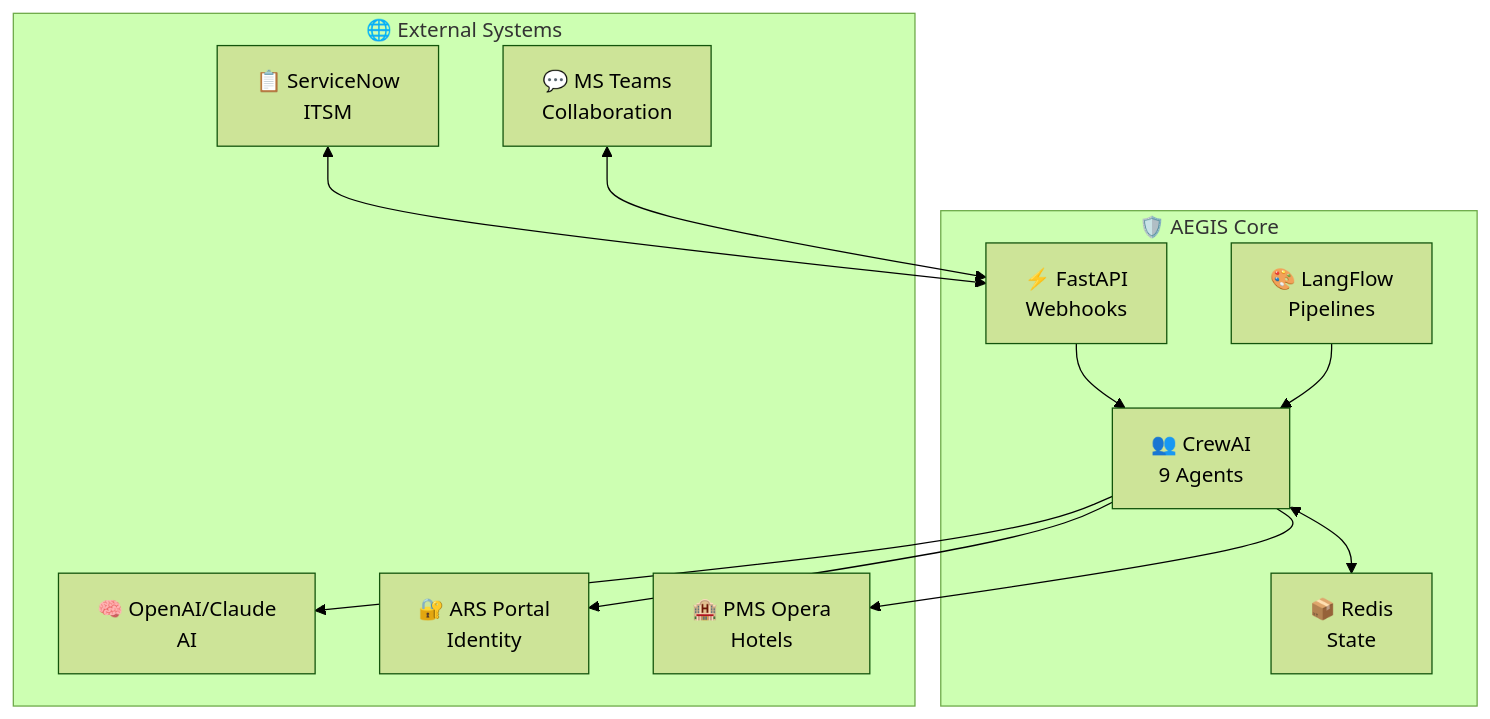
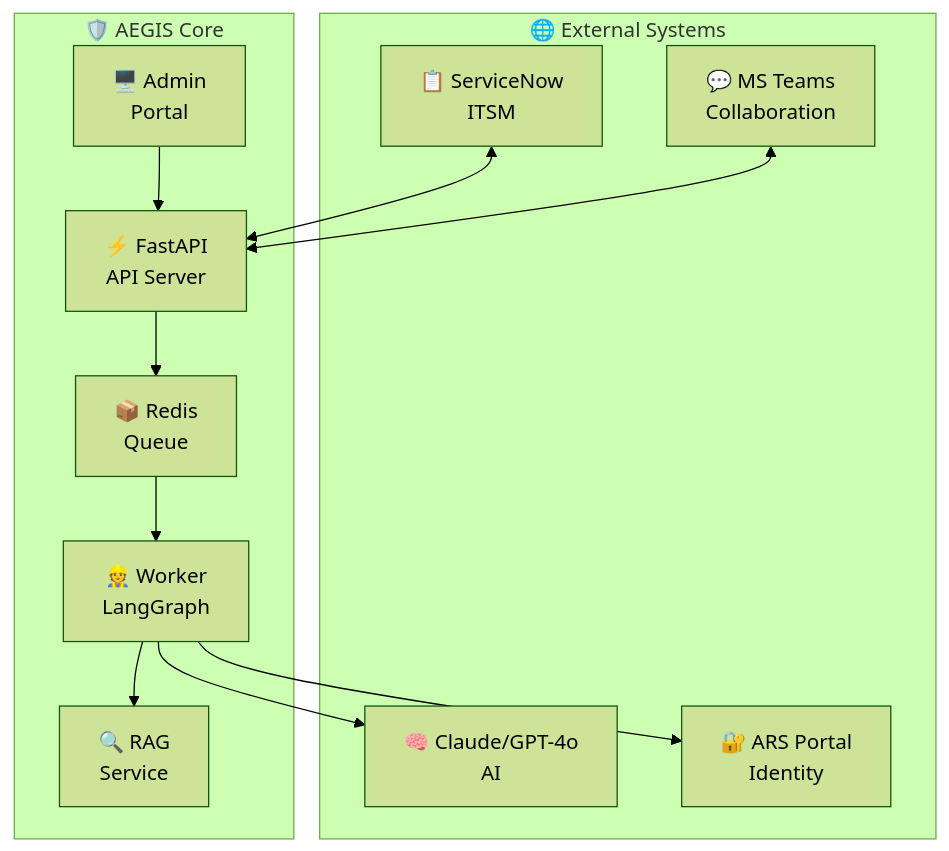
One commit to maniltns/AEGIS changed the first of 5 diagrams in docs/architecture.md. Above: the diagram before and after it, drawn with Mermaid (forest theme). The commit also changed other lines of this file and 15 other files, not shown here.

````diff
--- a/docs/architecture.md
+++ b/docs/architecture.md
@@ -9,26 +9,26 @@
 ```mermaid
 graph TB
     subgraph "🌐 External Systems"
         SNOW["📋 ServiceNow<br/>ITSM"]
         TEAMS["💬 MS Teams<br/>Collaboration"]
-        OPENAI["🧠 OpenAI/Claude<br/>AI"]
+        LLM["🧠 Claude/GPT-4o<br/>AI"]
         ARS["🔐 ARS Portal<br/>Identity"]
-        OPERA["🏨 PMS Opera<br/>Hotels"]
     end
 
     subgraph "🛡️ AEGIS Core"
-        CREW["👥 CrewAI<br/>9 Agents"]
-        API["⚡ FastAPI<br/>Webhooks"]
-        LF["🎨 LangFlow<br/>Pipelines"]
-        REDIS["📦 Redis<br/>State"]
+        API["⚡ FastAPI<br/>API Server"]
+        QUEUE["📦 Redis<br/>Queue"]
+        WORKER["👷 Worker<br/>LangGraph"]
+        RAG["🔍 RAG<br/>Service"]
+        ADMIN["🖥️ Admin<br/>Portal"]
     end
 
     SNOW <--> API
     TEAMS <--> API
-    API --> CREW
-    CREW --> OPENAI
-    CREW --> ARS
-    CREW --> OPERA
-    CREW <--> REDIS
-    LF --> CREW
+    API --> QUEUE
+    QUEUE --> WORKER
+    WORKER --> LLM
+    WORKER --> RAG
+    WORKER --> ARS
+    ADMIN --> API
 ```
````
